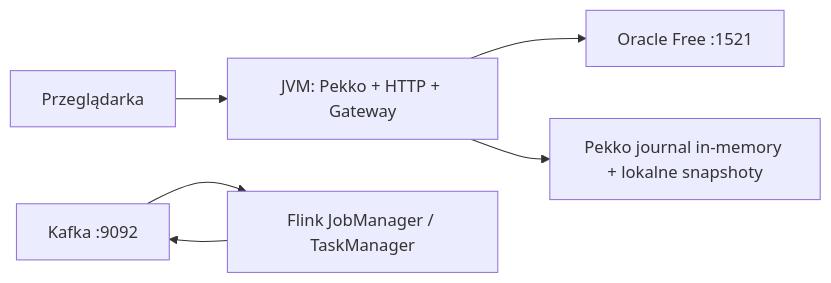
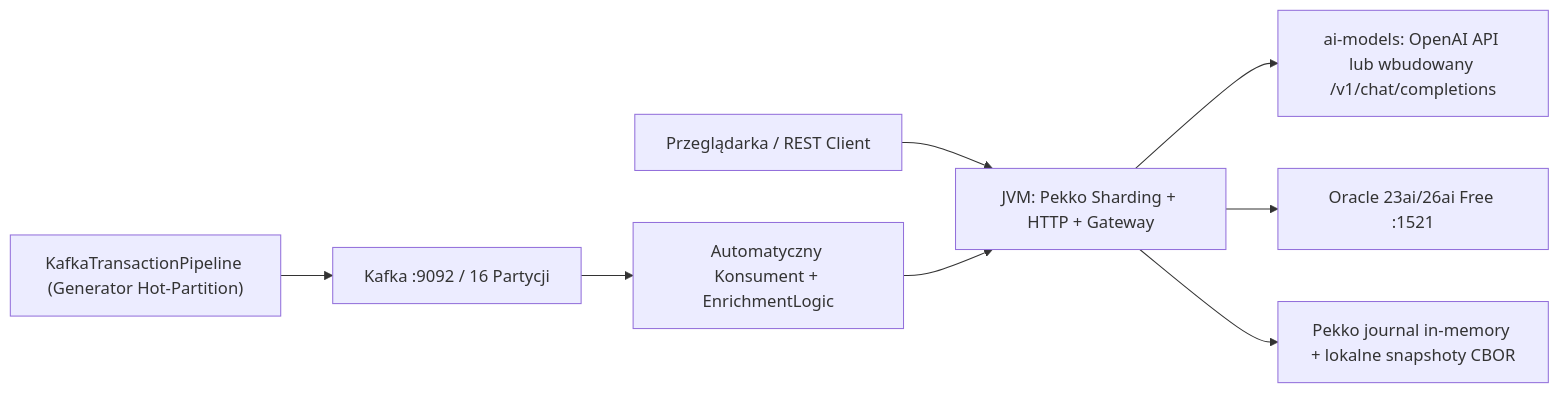
The fourth of 4 diagrams in Doc/Arch4+1Description.md (kkaduk/CustAgents), drawn with Mermaid before and after one commit. The commit also changed other lines of this file, not shown here.

````diff
--- a/Doc/Arch4+1Description.md
+++ b/Doc/Arch4+1Description.md
@@ -156,8 +171,10 @@
 ```mermaid
 flowchart LR
-    Browser["Przeglądarka"] --> JVM["JVM: Pekko + HTTP + Gateway"]
-    Kafka["Kafka :9092"] --> Flink["Flink JobManager / TaskManager"]
-    Flink --> Kafka
-    JVM --> Oracle["Oracle Free :1521"]
-    JVM --> Local["Pekko journal in-memory + lokalne snapshoty"]
+    Browser["Przeglądarka / REST Client"] --> JVM["JVM: Pekko Sharding + HTTP + Gateway"]
+    Gen["KafkaTransactionPipeline (Generator Hot-Partition)"] --> Kafka["Kafka :9092 / 16 Partycji"]
+    Kafka --> AutoConsumer["Automatyczny Konsument + EnrichmentLogic"]
+    AutoConsumer --> JVM
+    JVM --> LLM["ai-models: OpenAI API lub wbudowany /v1/chat/completions"]
+    JVM --> Oracle["Oracle 23ai/26ai Free :1521"]
+    JVM --> Local["Pekko journal in-memory + lokalne snapshoty CBOR"]
 ```
````
